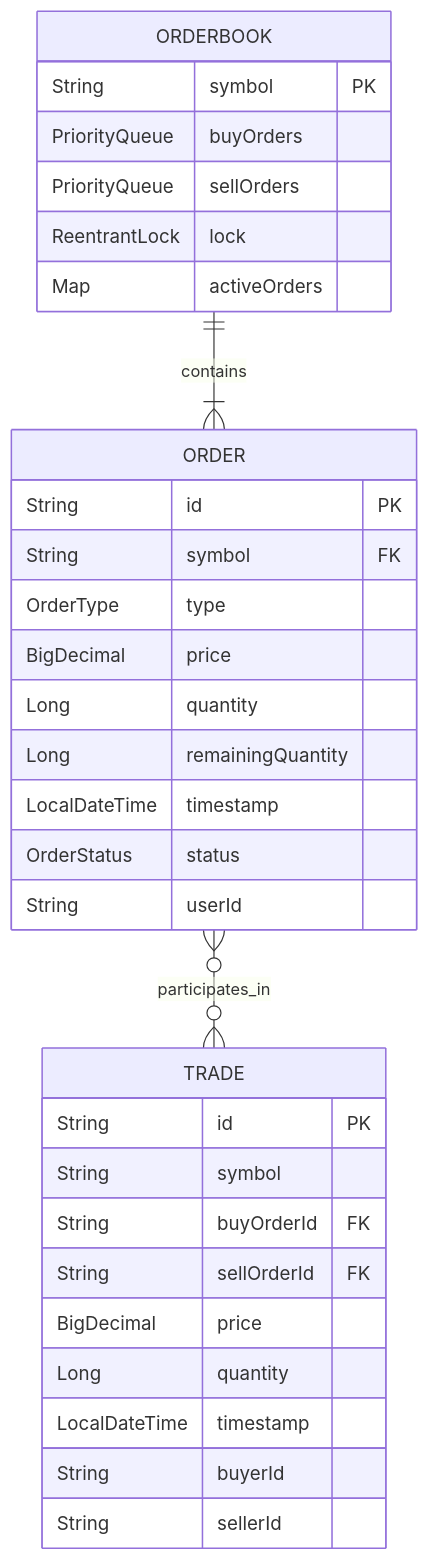
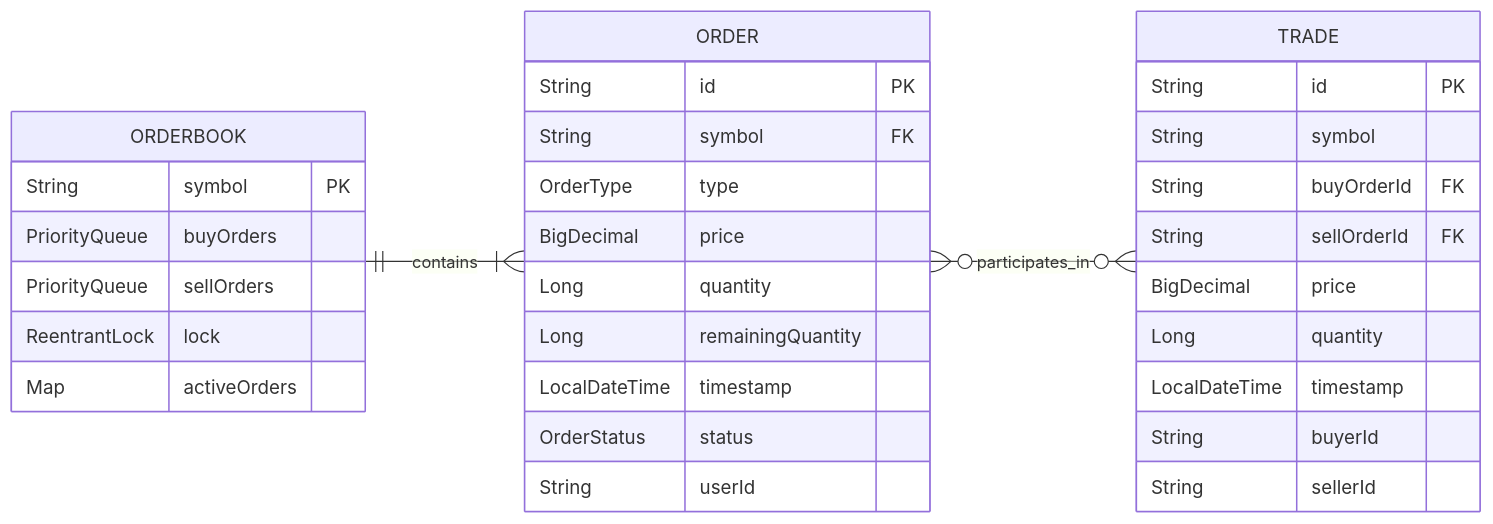
One commit to parthibCsaha/Real-Time-Stock-Matching-Engine changed the second of 3 diagrams in README.md. Above: the diagram before and after it, drawn with Mermaid.

````diff
--- a/README.md
+++ b/README.md
@@ -107,37 +107,40 @@
 ```mermaid
 erDiagram
-    ORDERBOOK ||--|{ ORDER : "contains"
-    ORDER }o--o{ TRADE : "participates_in"
-    
+    direction LR
+
+    ORDERBOOK ||--|{ ORDER : contains
+    ORDER }o--o{ TRADE : participates_in
+
     ORDERBOOK {
         String symbol PK
         PriorityQueue buyOrders
         PriorityQueue sellOrders
         ReentrantLock lock
         Map activeOrders
     }
-    
+
     ORDER {
         String id PK
         String symbol FK
         OrderType type
         BigDecimal price
         Long quantity
         Long remainingQuantity
         LocalDateTime timestamp
         OrderStatus status
         String userId
     }
-    
+
     TRADE {
         String id PK
         String symbol
         String buyOrderId FK
         String sellOrderId FK
         BigDecimal price
         Long quantity
         LocalDateTime timestamp
         String buyerId
         String sellerId
     }
+
 ```
````
